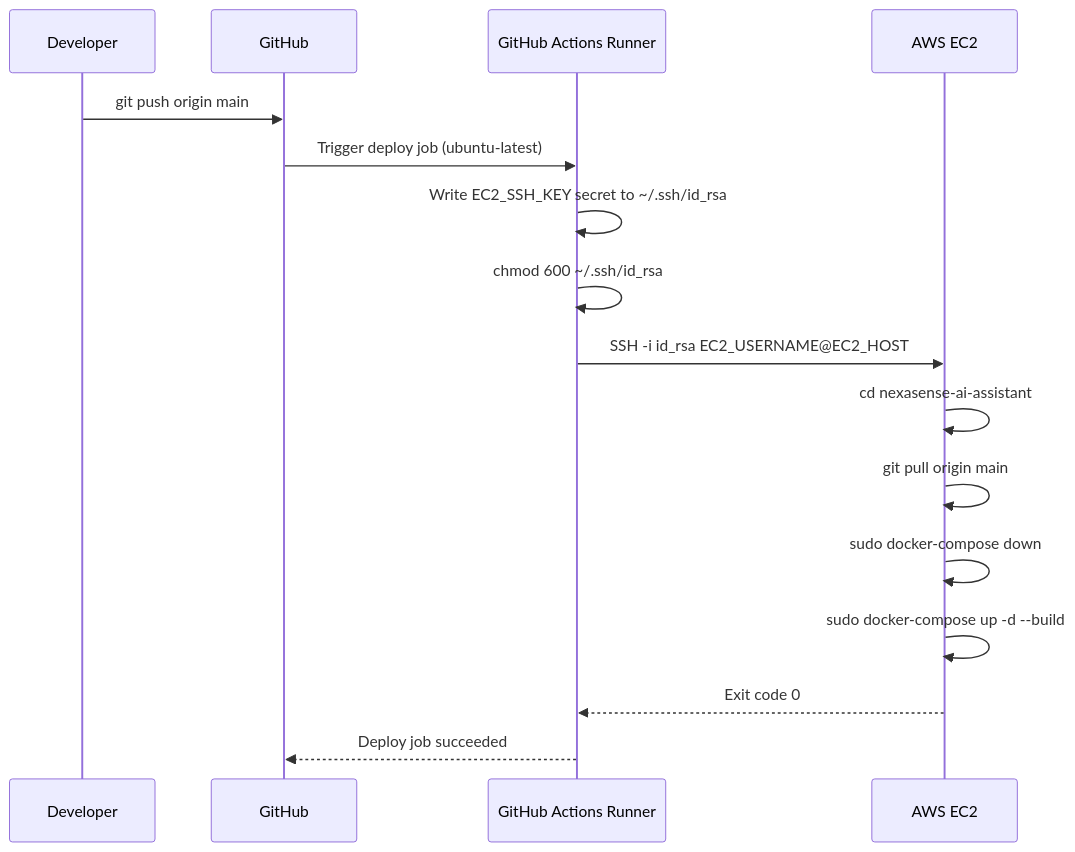
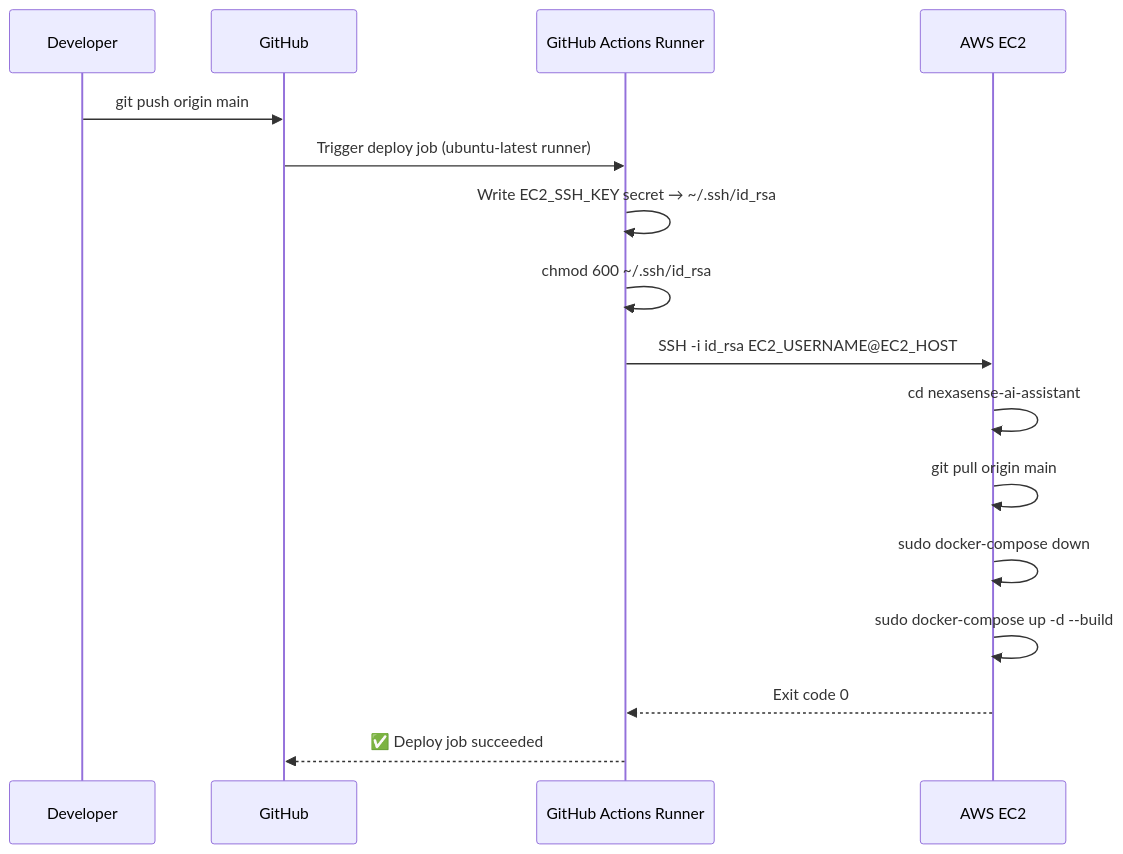
Before and after one commit to rajakumar123-commit/nexasense-ai-assistant: the sixth of 6 diagrams in README.md, drawn with Mermaid. The commit also changed other lines of this file, not shown here.

````diff
--- a/README.md
+++ b/README.md
@@ -954,19 +1055,19 @@
 ```mermaid
 sequenceDiagram
     participant Dev as Developer
     participant GH  as GitHub
     participant GA  as GitHub Actions Runner
     participant EC2 as AWS EC2
 
     Dev->>GH:  git push origin main
-    GH->>GA:   Trigger deploy job (ubuntu-latest)
-    GA->>GA:   Write EC2_SSH_KEY secret to ~/.ssh/id_rsa
+    GH->>GA:   Trigger deploy job (ubuntu-latest runner)
+    GA->>GA:   Write EC2_SSH_KEY secret → ~/.ssh/id_rsa
     GA->>GA:   chmod 600 ~/.ssh/id_rsa
     GA->>EC2:  SSH -i id_rsa EC2_USERNAME@EC2_HOST
     EC2->>EC2: cd nexasense-ai-assistant
     EC2->>EC2: git pull origin main
     EC2->>EC2: sudo docker-compose down
     EC2->>EC2: sudo docker-compose up -d --build
     EC2-->>GA: Exit code 0
-    GA-->>GH:  Deploy job succeeded
+    GA-->>GH:  ✅ Deploy job succeeded
 ```
````
